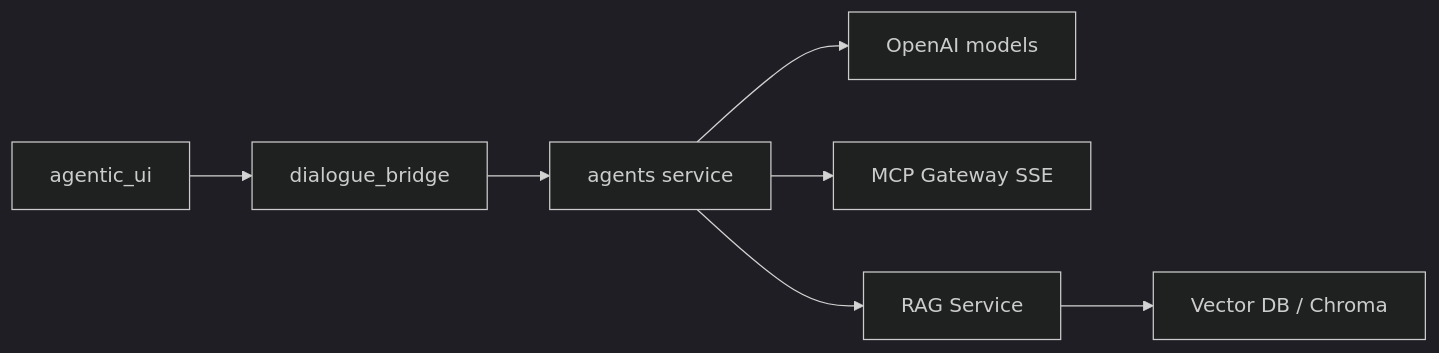
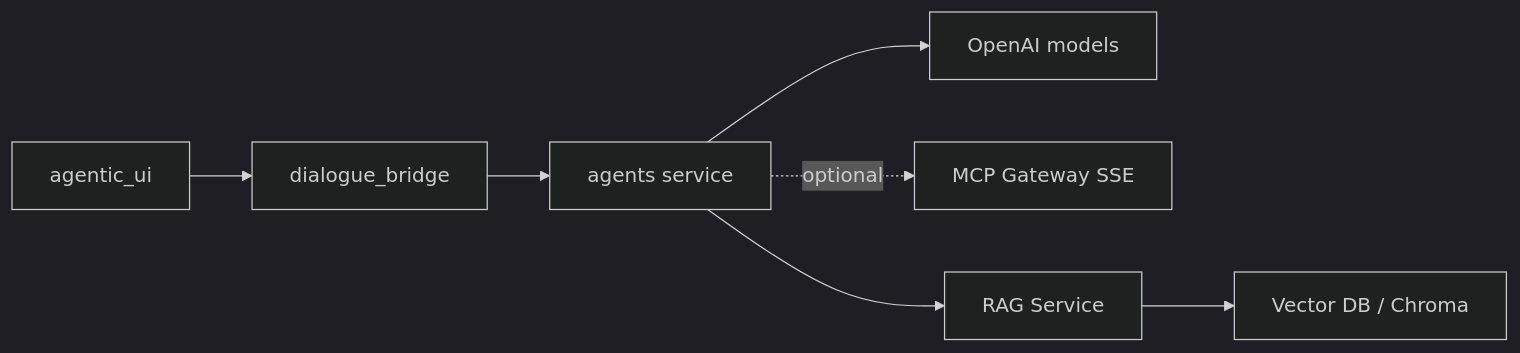
Before and after one commit to konstantinosmpouros/mAgenticX: the first of 9 diagrams in magenticx/agents/README.md, drawn with Mermaid (dark theme). The commit also changed other lines of this file and 31 other files, not shown here.

````diff
--- a/magenticx/agents/README.md
+++ b/magenticx/agents/README.md
@@ -26,9 +26,9 @@
 ```mermaid
 flowchart LR
     UI[agentic_ui] --> BFF[dialogue_bridge]
     BFF --> AGENTS[agents service]
     AGENTS --> OPENAI[OpenAI models]
-    AGENTS --> MCP[MCP Gateway SSE]
+    AGENTS -.->|optional| MCP[MCP Gateway SSE]
     AGENTS --> RAG[RAG Service]
     RAG --> VECTOR[Vector DB / Chroma]
 ```
````
